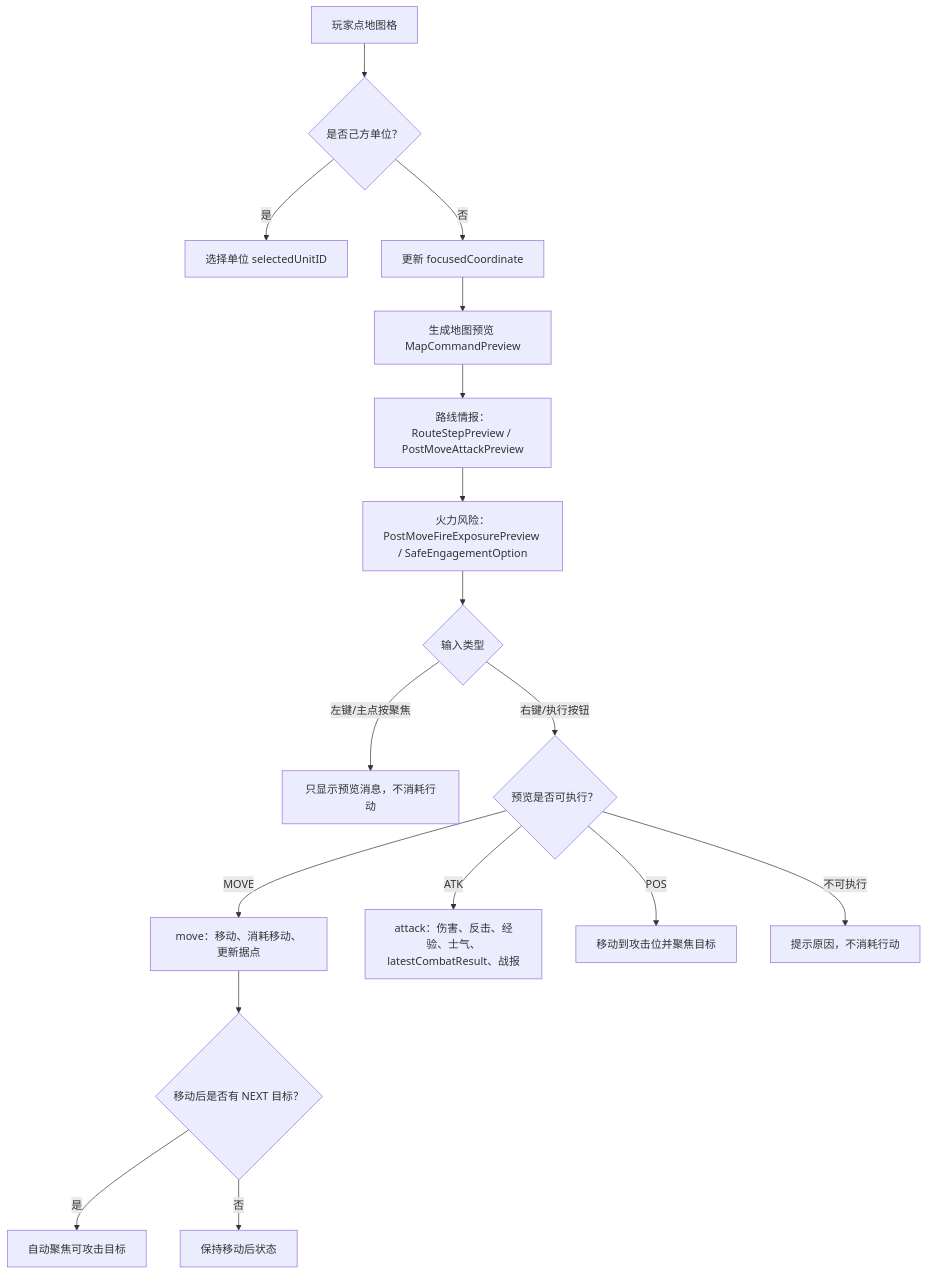
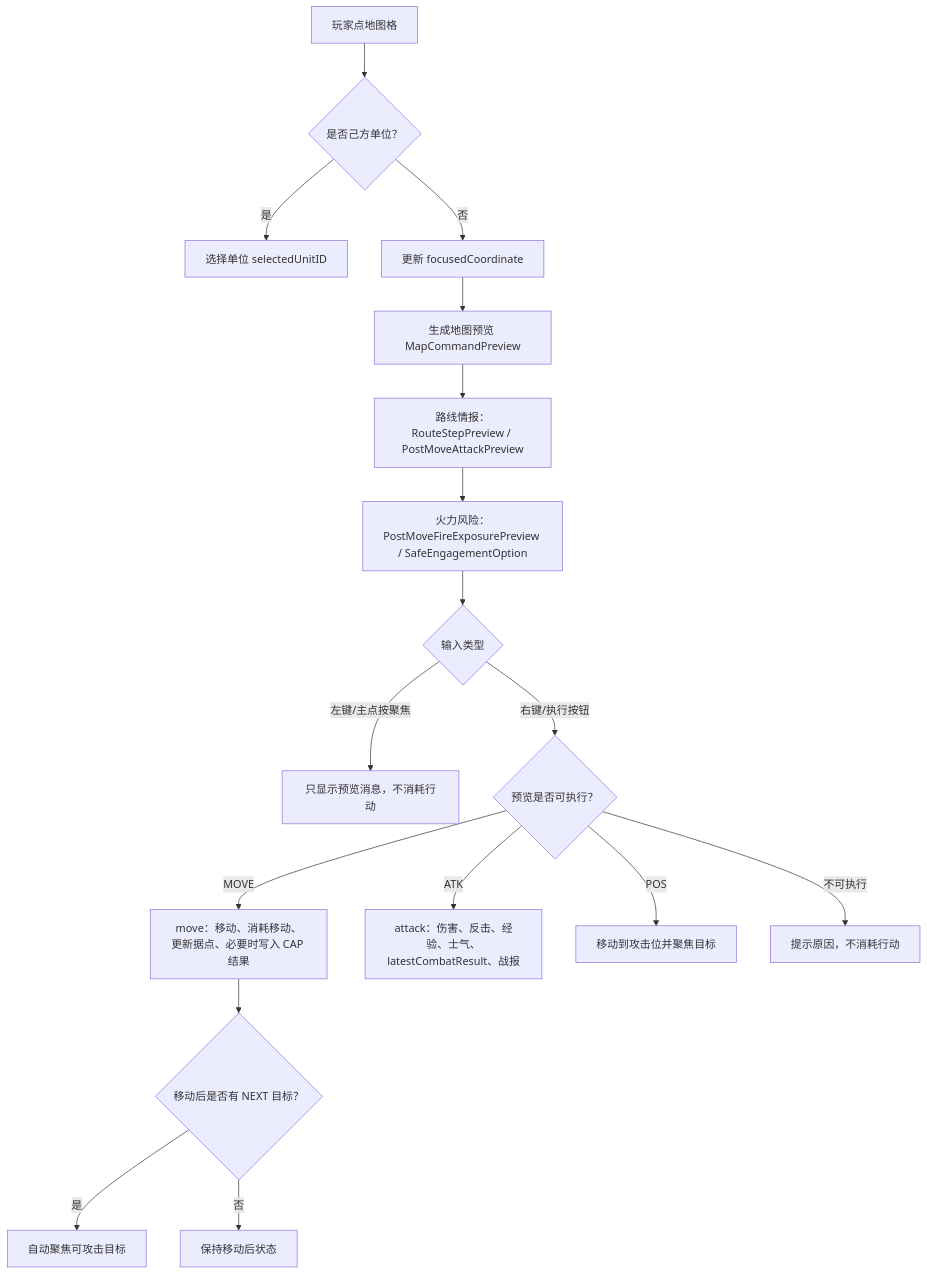
The second of 5 diagrams in md/flow/flowchart.md (Altman-sam114/116), drawn with Mermaid before and after one commit. The commit also changed other lines of this file and 9 other files, not shown here.

````diff
--- a/md/flow/flowchart.md
+++ b/md/flow/flowchart.md
@@ -26,19 +26,19 @@
 ```mermaid
 flowchart TD
   A["玩家点地图格"] --> B{"是否己方单位？"}
   B -->|是| C["选择单位 selectedUnitID"]
   B -->|否| D["更新 focusedCoordinate"]
   D --> E["生成地图预览 MapCommandPreview"]
   E --> R["路线情报：RouteStepPreview / PostMoveAttackPreview"]
   R --> X["火力风险：PostMoveFireExposurePreview / SafeEngagementOption"]
   X --> F{"输入类型"}
   F -->|左键/主点按聚焦| G["只显示预览消息，不消耗行动"]
   F -->|右键/执行按钮| H{"预览是否可执行？"}
-  H -->|MOVE| I["move：移动、消耗移动、更新据点"]
+  H -->|MOVE| I["move：移动、消耗移动、更新据点、必要时写入 CAP 结果"]
   H -->|ATK| J["attack：伤害、反击、经验、士气、latestCombatResult、战报"]
   H -->|POS| K["移动到攻击位并聚焦目标"]
   H -->|不可执行| L["提示原因，不消耗行动"]
   I --> M{"移动后是否有 NEXT 目标？"}
   M -->|是| N["自动聚焦可攻击目标"]
   M -->|否| O["保持移动后状态"]
 ```
````
